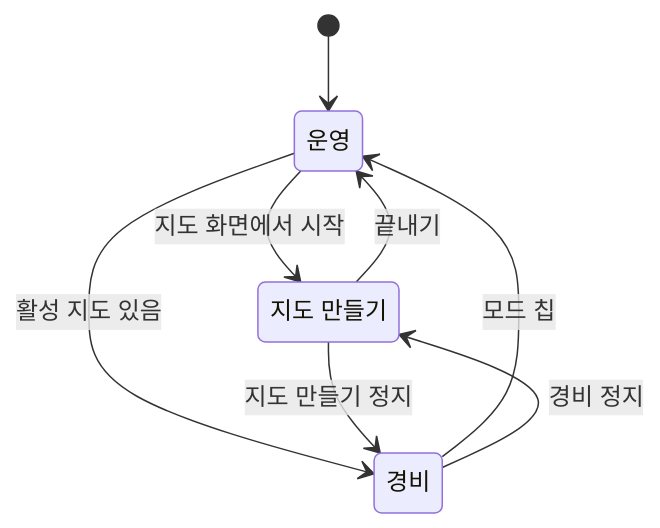
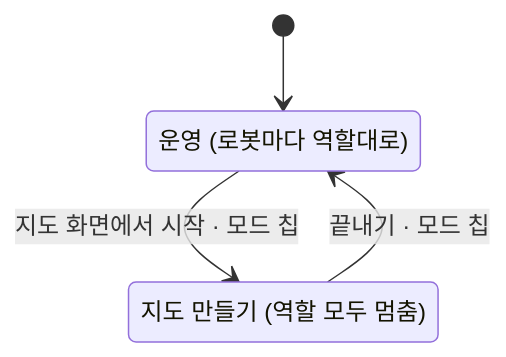
Before and after one commit to ryankim8815/ros2-fleet-console: diagram 17 of 19 in docs/architecture.md, drawn with Mermaid. The commit also changed other lines of this file and 24 other files, not shown here.

````diff
--- a/docs/architecture.md
+++ b/docs/architecture.md
@@ -563,13 +566,8 @@
 ```mermaid
 stateDiagram-v2
-    state "운영" as operate
-    state "지도 만들기" as mapping
-    state "경비" as patrol
+    state "운영 (로봇마다 역할대로)" as operate
+    state "지도 만들기 (역할 모두 멈춤)" as mapping
     [*] --> operate
-    operate --> mapping: 지도 화면에서 시작
-    mapping --> operate: 끝내기
-    operate --> patrol: 활성 지도 있음
-    patrol --> operate: 모드 칩
-    mapping --> patrol: 지도 만들기 정지
-    patrol --> mapping: 경비 정지
+    operate --> mapping: 지도 화면에서 시작 · 모드 칩
+    mapping --> operate: 끝내기 · 모드 칩
 ```
````
